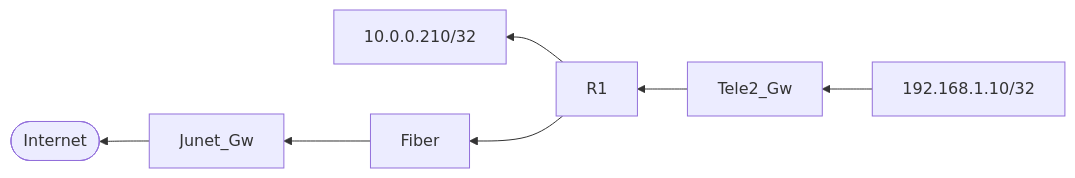
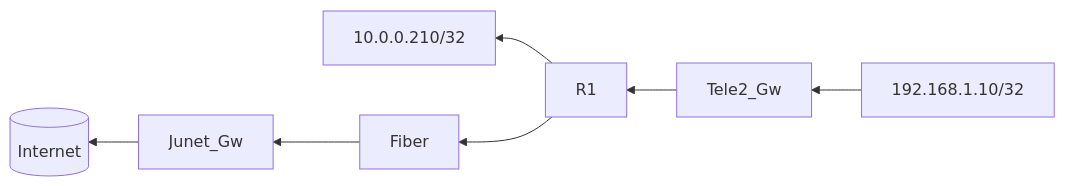
Before and after one commit to notkasim/DOCS: the third of 3 diagrams in Topology.md, drawn with Mermaid.

````diff
--- a/Topology.md
+++ b/Topology.md
@@ -17,10 +17,10 @@
 ```mermaid
 graph RL;
     192.168.1.10/32-->Tele2_Gw;
     Tele2_Gw-->R1;
     R1-->10.0.0.210/32;
     R1-->Fiber;
     Fiber-->Junet_Gw;
-    id2([Internet])
+    id2[(Internet)]
     Junet_Gw-->id2
 ```
````
